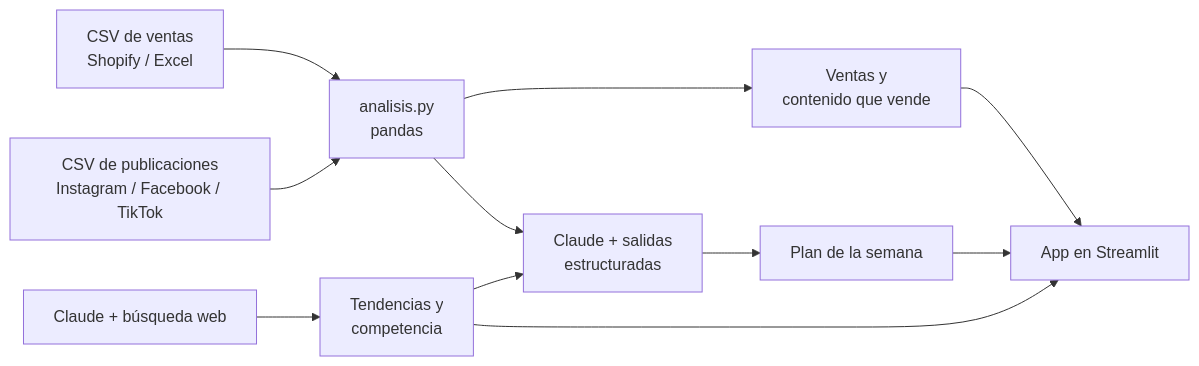
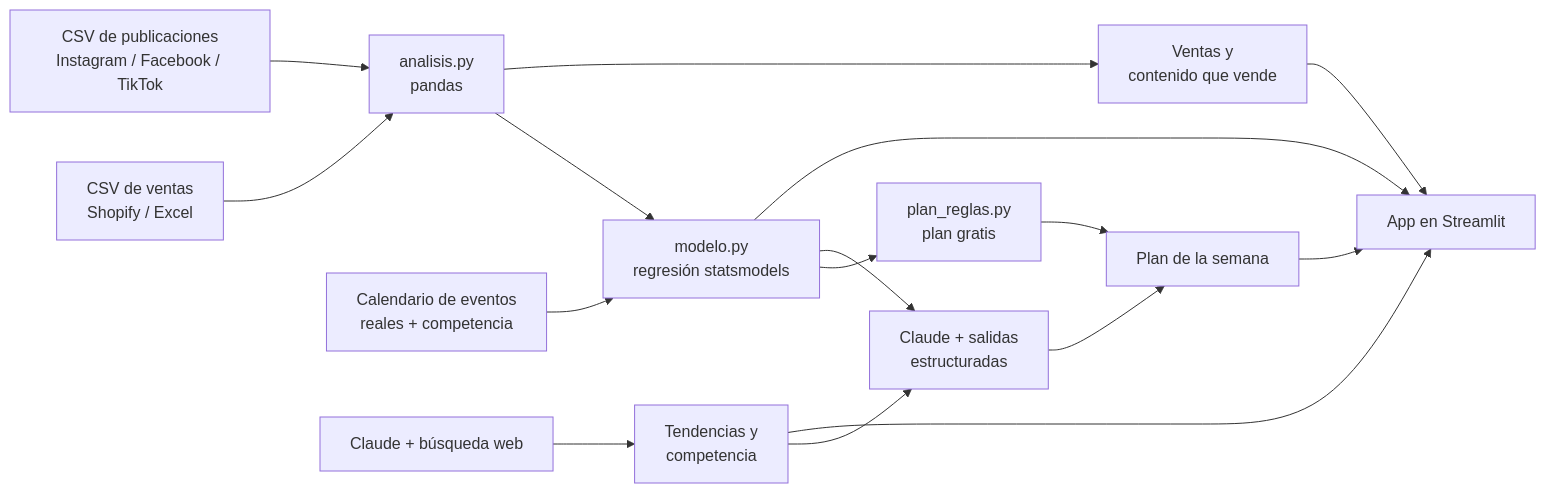
Before and after one commit to Jhane080/estratega-mype: the diagram in README.md, drawn with Mermaid. The commit also changed other lines of this file, not shown here.

Commit message:
Actualizar README con entrevista 2, modelo y URL de la demo

````diff
--- a/README.md
+++ b/README.md
@@ -60,13 +77,18 @@
 ```mermaid
 flowchart LR
     A[CSV de ventas<br/>Shopify / Excel] --> C[analisis.py<br/>pandas]
     B[CSV de publicaciones<br/>Instagram / Facebook / TikTok] --> C
+    K[Calendario de eventos<br/>reales + competencia] --> M[modelo.py<br/>regresión statsmodels]
+    C --> M
     C --> D[Ventas y<br/>contenido que vende]
+    M --> R[plan_reglas.py<br/>plan gratis]
     E[Claude + búsqueda web] --> F[Tendencias y<br/>competencia]
-    C --> G[Claude + salidas<br/>estructuradas]
+    M --> G[Claude + salidas<br/>estructuradas]
     F --> G
-    G --> H[Plan de la semana]
+    R --> H[Plan de la semana]
+    G --> H
     D --> I[App en Streamlit]
+    M --> I
     F --> I
     H --> I
 ```
````
